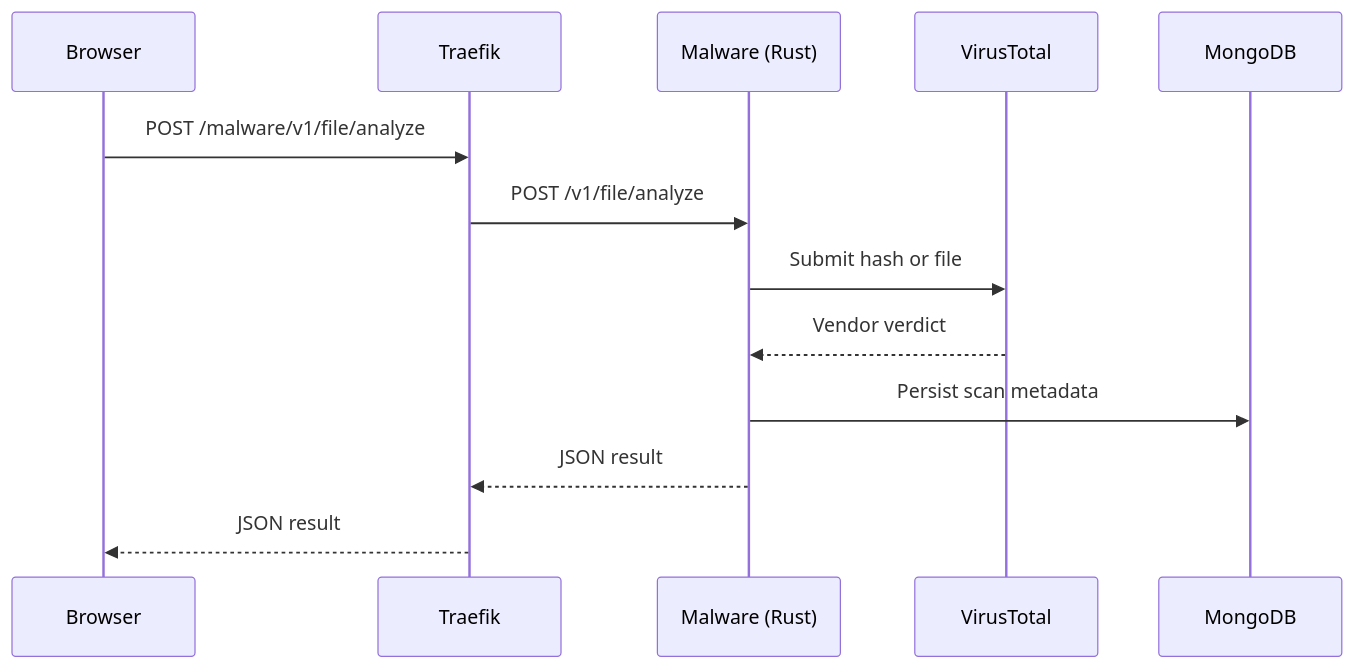
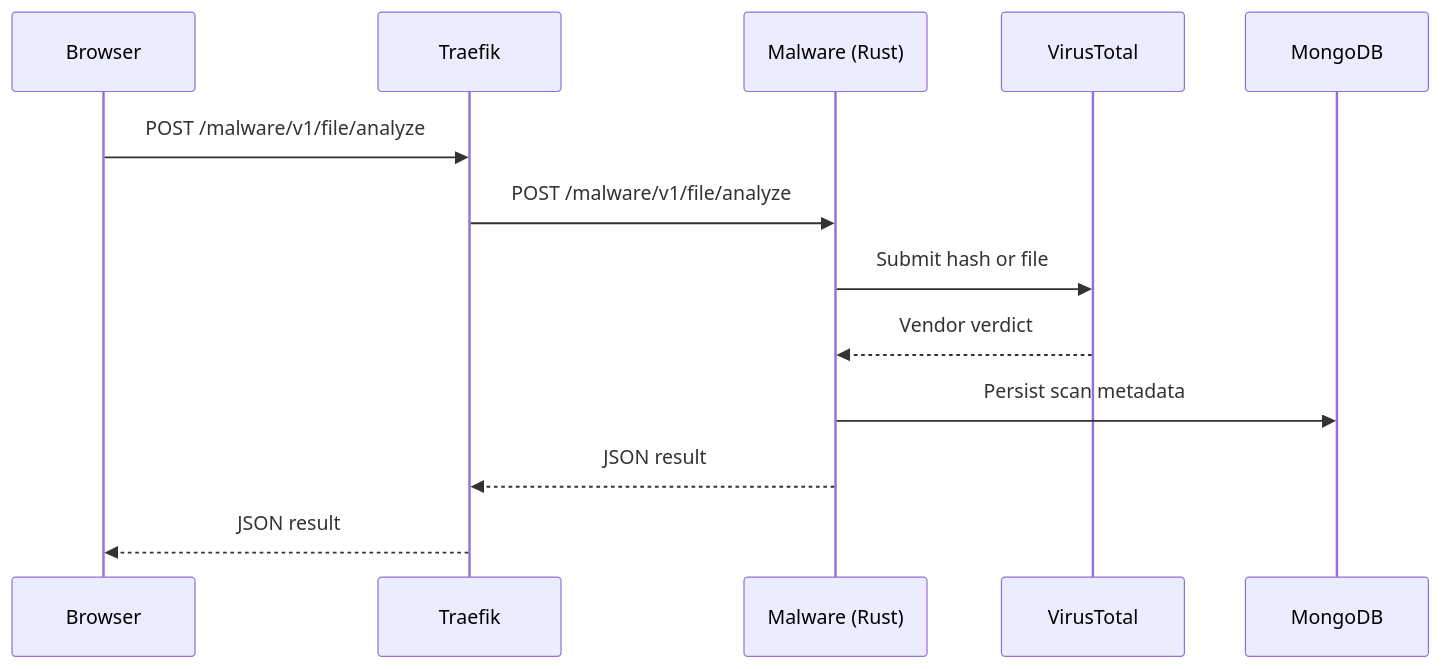
Before and after one commit to M33HA1/ForgeHarbor: the second of 5 diagrams in docs/obsidian/01-Architecture/Data-Flow.md, drawn with Mermaid. The commit also changed other lines of this file and 28 other files, not shown here.

````diff
--- a/docs/obsidian/01-Architecture/Data-Flow.md
+++ b/docs/obsidian/01-Architecture/Data-Flow.md
@@ -31,16 +31,16 @@
 ```mermaid
 sequenceDiagram
     participant U as Browser
     participant T as Traefik
     participant V as Malware (Rust)
     participant VT as VirusTotal
     participant M as MongoDB
 
     U->>T: POST /malware/v1/file/analyze
-    T->>V: POST /v1/file/analyze
+    T->>V: POST /malware/v1/file/analyze
     V->>VT: Submit hash or file
     VT-->>V: Vendor verdict
     V->>M: Persist scan metadata
     V-->>T: JSON result
     T-->>U: JSON result
 ```
````
